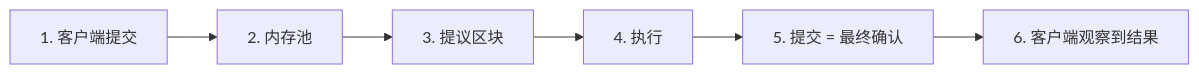
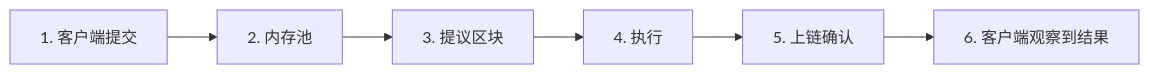
Before and after one commit to aptos-labs/aptos-docs: the diagram in src/content/docs/zh/build/guides/payments.mdx, drawn with Mermaid. The commit also changed other lines of this file and 3 other files, not shown here.

````diff
--- a/src/content/docs/zh/build/guides/payments.mdx
+++ b/src/content/docs/zh/build/guides/payments.mdx
@@ -20,8 +20,8 @@
 ```mermaid
-flowchart LR
+graph LR
   submit["1. 客户端提交"] --> mempool["2. 内存池"]
   mempool --> block["3. 提议区块"]
   block --> exec["4. 执行"]
-  exec --> commit["5. 提交 = 最终确认"]
+  exec --> commit["5. 上链确认"]
   commit --> wait["6. 客户端观察到结果"]
 ```
````
